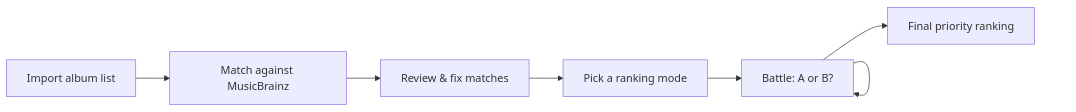
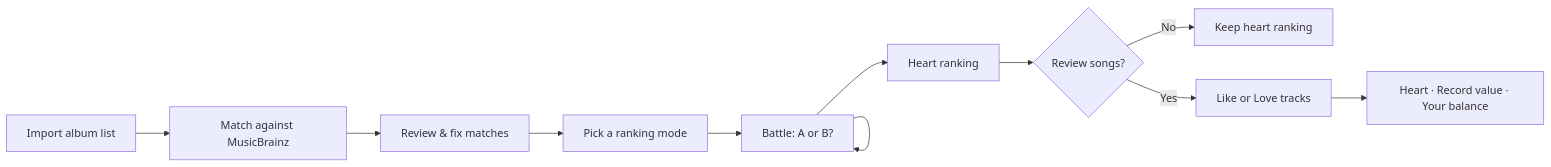
One commit to koobzaar/Solitude changed the diagram in README.md. Above: the diagram before and after it, drawn with Mermaid. The commit also changed other lines of this file and 21 other files, not shown here.

````diff
--- a/README.md
+++ b/README.md
@@ -57,9 +57,13 @@
 ```mermaid
 flowchart LR
     A[Import album list] --> B[Match against MusicBrainz]
     B --> C[Review & fix matches]
     C --> D[Pick a ranking mode]
     D --> E[Battle: A or B?]
     E --> E
-    E --> F[Final priority ranking]
+    E --> F[Heart ranking]
+    F --> G{Review songs?}
+    G -->|No| H[Keep heart ranking]
+    G -->|Yes| I[Like or Love tracks]
+    I --> J[Heart · Record value · Your balance]
 ```
````
